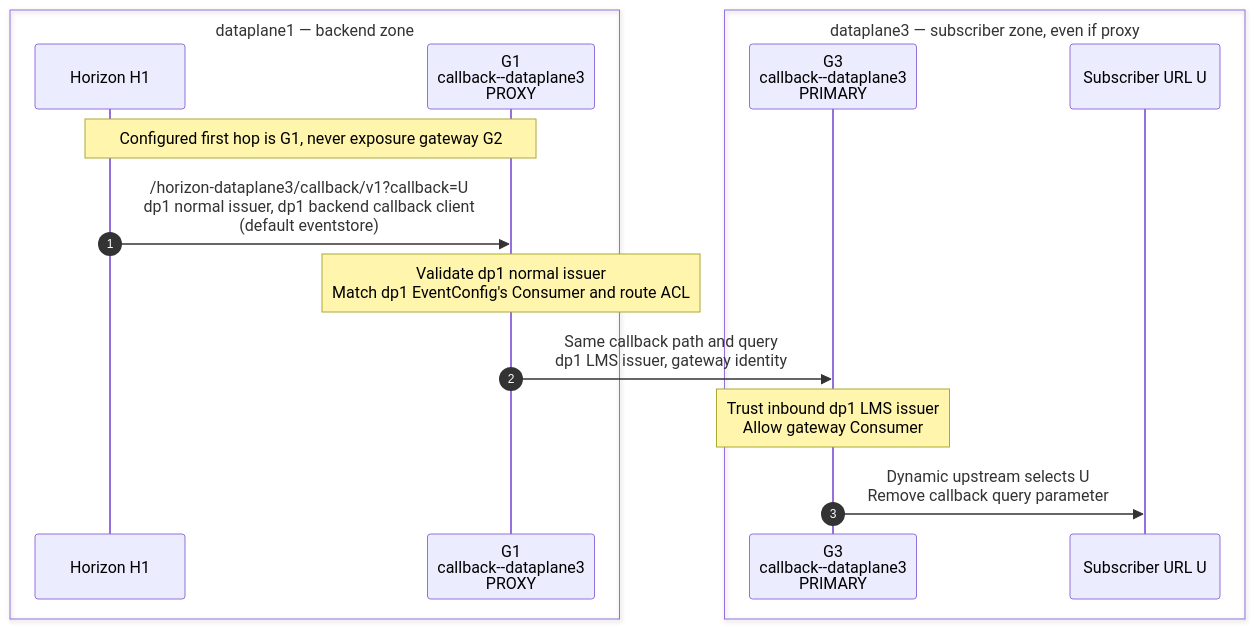
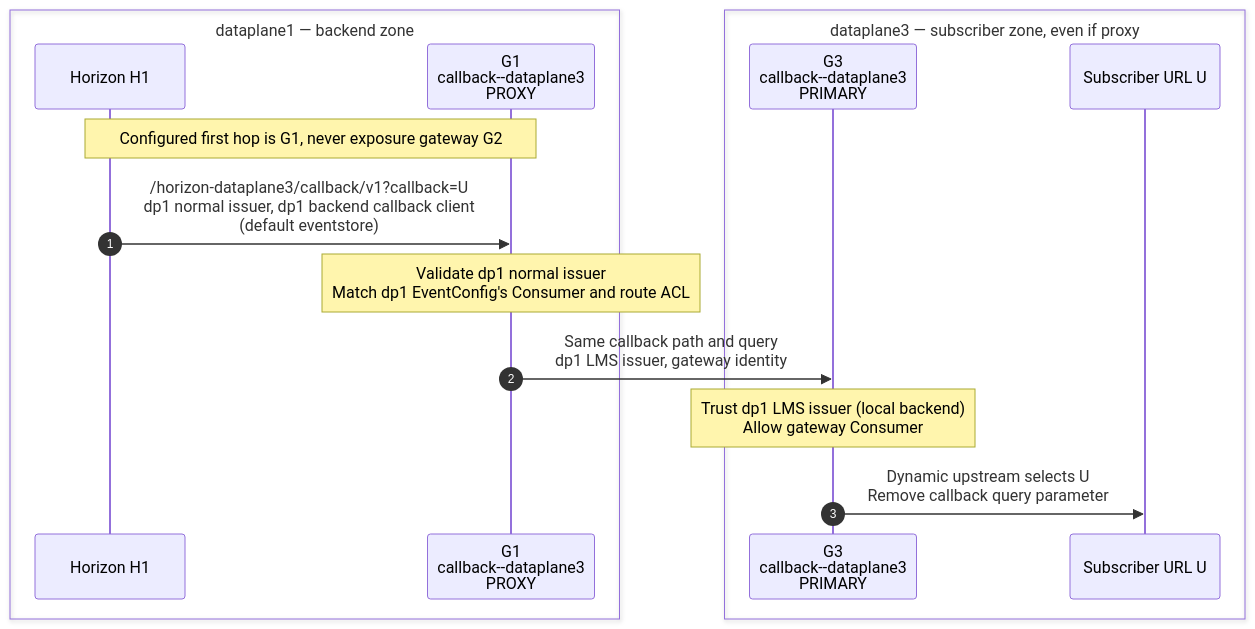
One commit to telekom/controlplane changed the third of 5 diagrams in docs/docs/architecture/event.mdx. Above: the diagram before and after it, drawn with Mermaid. The commit also changed other lines of this file and 7 other files, not shown here.

First line of the commit message:
fix(event): trust only meshed backend LMS issuers on callback routes

````diff
--- a/docs/docs/architecture/event.mdx
+++ b/docs/docs/architecture/event.mdx
@@ -124,18 +124,18 @@
 ```mermaid
 sequenceDiagram
     autonumber
     box dataplane1 — backend zone
         participant H1 as Horizon H1
         participant G1 as G1<br/>callback--dataplane3<br/>PROXY
     end
     box dataplane3 — subscriber zone, even if proxy
         participant G3 as G3<br/>callback--dataplane3<br/>PRIMARY
         participant S as Subscriber URL U
     end
     Note over H1,G1: Configured first hop is G1, never exposure gateway G2
     H1->>G1: /horizon-dataplane3/callback/v1?callback=U<br/>dp1 normal issuer, dp1 backend callback client<br/>(default eventstore)
     Note over G1: Validate dp1 normal issuer<br/>Match dp1 EventConfig's Consumer and route ACL
     G1->>G3: Same callback path and query<br/>dp1 LMS issuer, gateway identity
-    Note over G3: Trust inbound dp1 LMS issuer<br/>Allow gateway Consumer
+    Note over G3: Trust dp1 LMS issuer (local backend)<br/>Allow gateway Consumer
     G3->>S: Dynamic upstream selects U<br/>Remove callback query parameter
 ```
````
